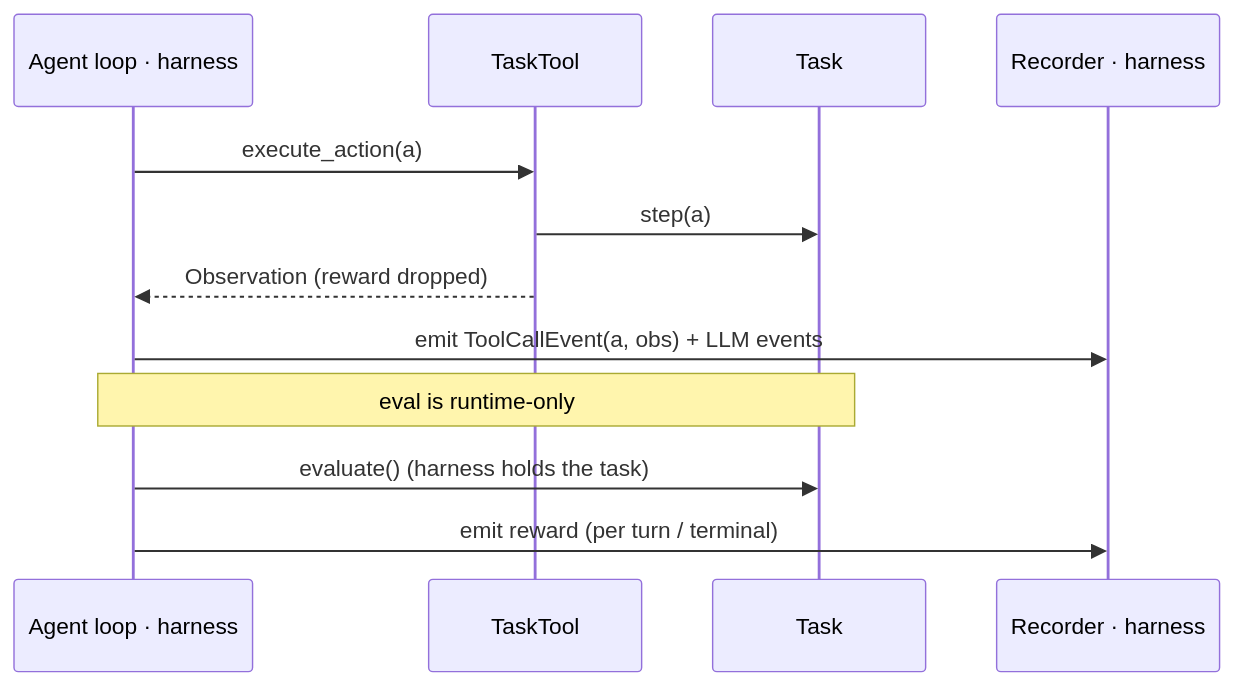
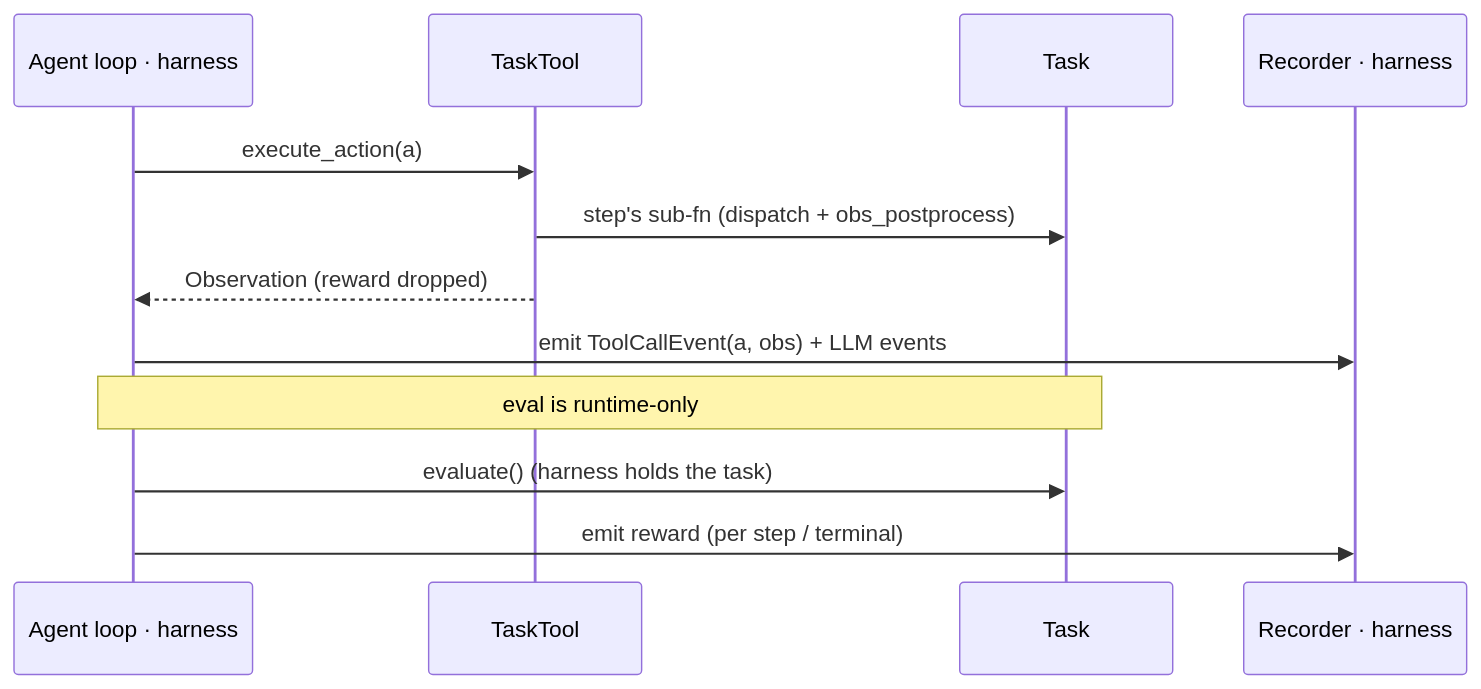
One commit to The-AI-Alliance/cube-standard changed the first of 2 diagrams in openspec/changes/streamable-task/proposal.md. Above: the diagram before and after it, drawn with Mermaid. The commit also changed other lines of this file and 1 other file, not shown here.

First line of the commit message:
design(openspec): pre_step/post_step (optional) + STOP = action-that-raises

````diff
--- a/openspec/changes/streamable-task/proposal.md
+++ b/openspec/changes/streamable-task/proposal.md
@@ -69,14 +89,14 @@
 ```mermaid
 sequenceDiagram
   participant Ag as Agent loop · harness
   participant TT as TaskTool
   participant Tk as Task
   participant Rec as Recorder · harness
   Ag->>TT: execute_action(a)
-  TT->>Tk: step(a)
+  TT->>Tk: step's sub-fn (dispatch + obs_postprocess)
   TT-->>Ag: Observation (reward dropped)
   Ag->>Rec: emit ToolCallEvent(a, obs) + LLM events
   Note over Ag,Tk: eval is runtime-only
   Ag->>Tk: evaluate()  (harness holds the task)
-  Ag->>Rec: emit reward (per turn / terminal)
+  Ag->>Rec: emit reward (per step / terminal)
 ```
````
